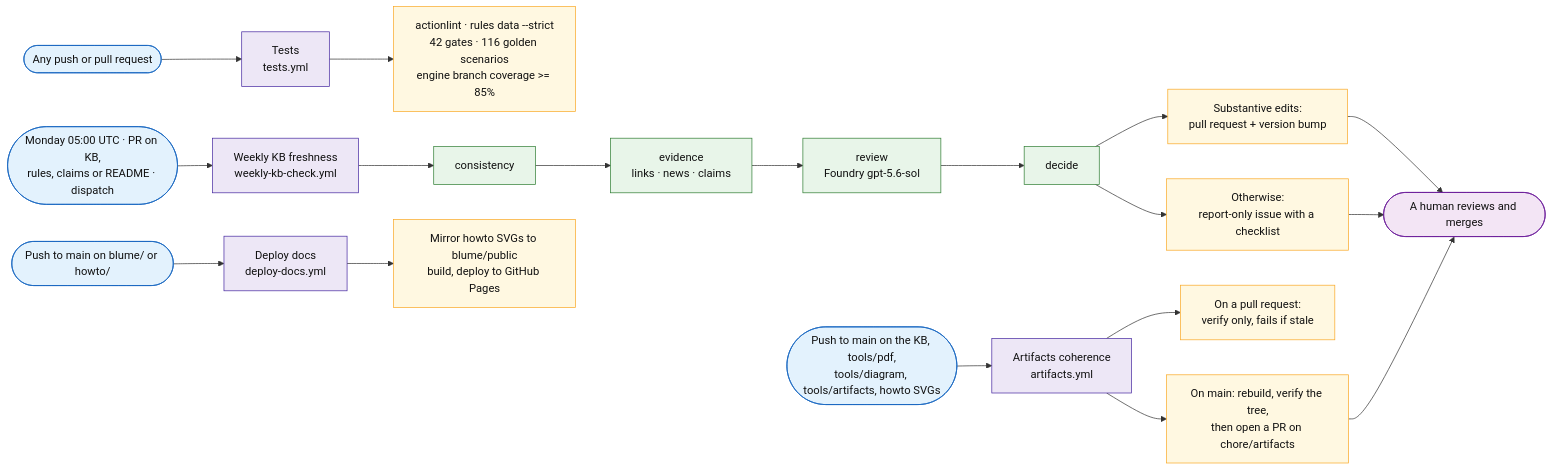
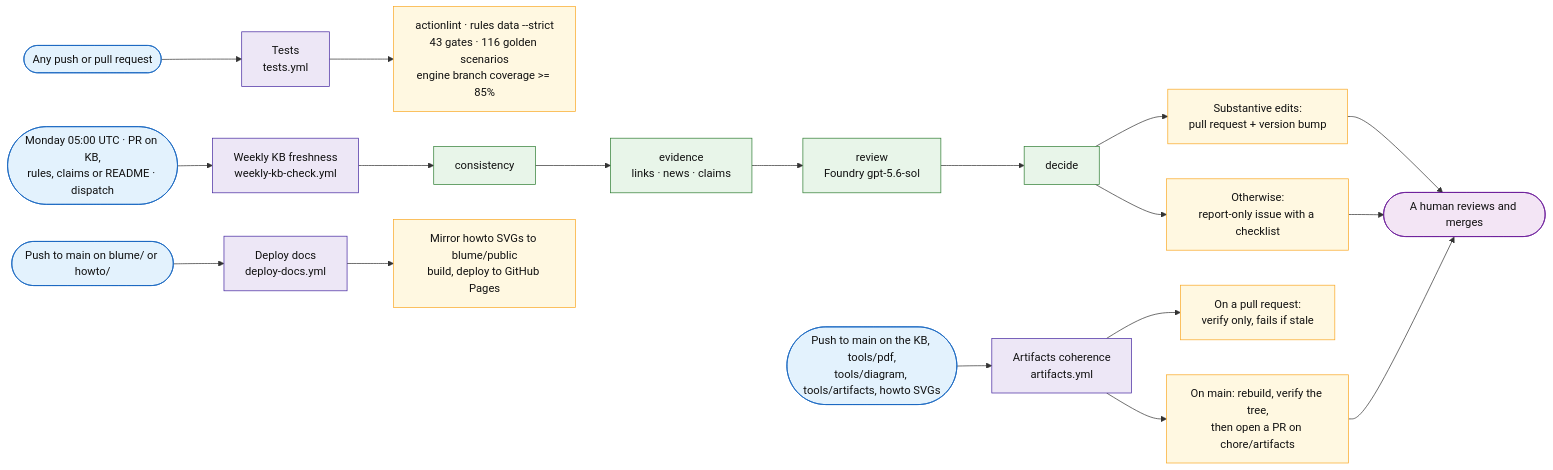
The sixth of 6 diagrams in docs/sql-migration-advisor-developer-pitch.md (fredgis/sql-migration-advisor), drawn with Mermaid before and after one commit. The commit also changed 17 other files, not shown here.

````diff
--- a/docs/sql-migration-advisor-developer-pitch.md
+++ b/docs/sql-migration-advisor-developer-pitch.md
@@ -991,33 +991,33 @@
 ```mermaid
 flowchart LR
     G1([Any push or pull request]) --> W1[Tests<br/>tests.yml]
     G2([Monday 05:00 UTC · PR on KB,<br/>rules, claims or README · dispatch]) --> W2[Weekly KB freshness<br/>weekly-kb-check.yml]
     G3([Push to main on the KB, tools/pdf,<br/>tools/diagram, tools/artifacts, howto SVGs]) --> W3[Artifacts coherence<br/>artifacts.yml]
     G4([Push to main on blume/ or howto/]) --> W4[Deploy docs<br/>deploy-docs.yml]
 
-    W1 --> O1[actionlint · rules data --strict<br/>42 gates · 116 golden scenarios<br/>engine branch coverage >= 85%]
+    W1 --> O1[actionlint · rules data --strict<br/>43 gates · 116 golden scenarios<br/>engine branch coverage >= 85%]
 
     W2 --> C1[consistency] --> C2[evidence<br/>links · news · claims] --> C3[review<br/>Foundry gpt-5.6-sol] --> C4[decide]
     C4 --> O2a[Substantive edits:<br/>pull request + version bump]
     C4 --> O2b[Otherwise:<br/>report-only issue with a checklist]
 
     W3 --> O3a[On a pull request:<br/>verify only, fails if stale]
     W3 --> O3b[On main: rebuild, verify the tree,<br/>then open a PR on chore/artifacts]
 
     W4 --> O4[Mirror howto SVGs to blume/public<br/>build, deploy to GitHub Pages]
 
     O2a --> H([A human reviews and merges])
     O2b --> H
     O3b --> H
 
     classDef trig fill:#e3f2fd,stroke:#1565c0,color:#111
     classDef flow fill:#ede7f6,stroke:#4527a0,color:#111
     classDef step fill:#e8f5e9,stroke:#2e7d32,color:#111
     classDef out fill:#fff8e1,stroke:#f9a825,color:#111
     classDef human fill:#f3e5f5,stroke:#6a1b9a,color:#111
     class G1,G2,G3,G4 trig
     class W1,W2,W3,W4 flow
     class C1,C2,C3,C4 step
     class O1,O2a,O2b,O3a,O3b,O4 out
     class H human
 ```
````
